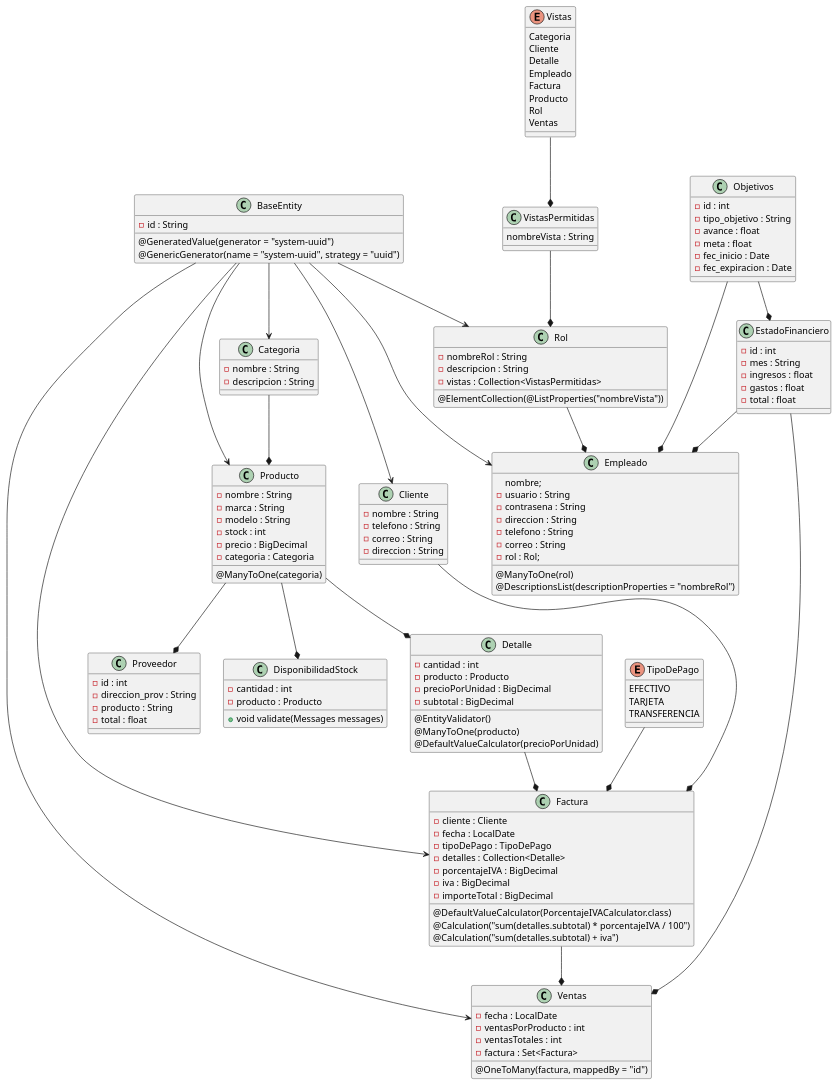
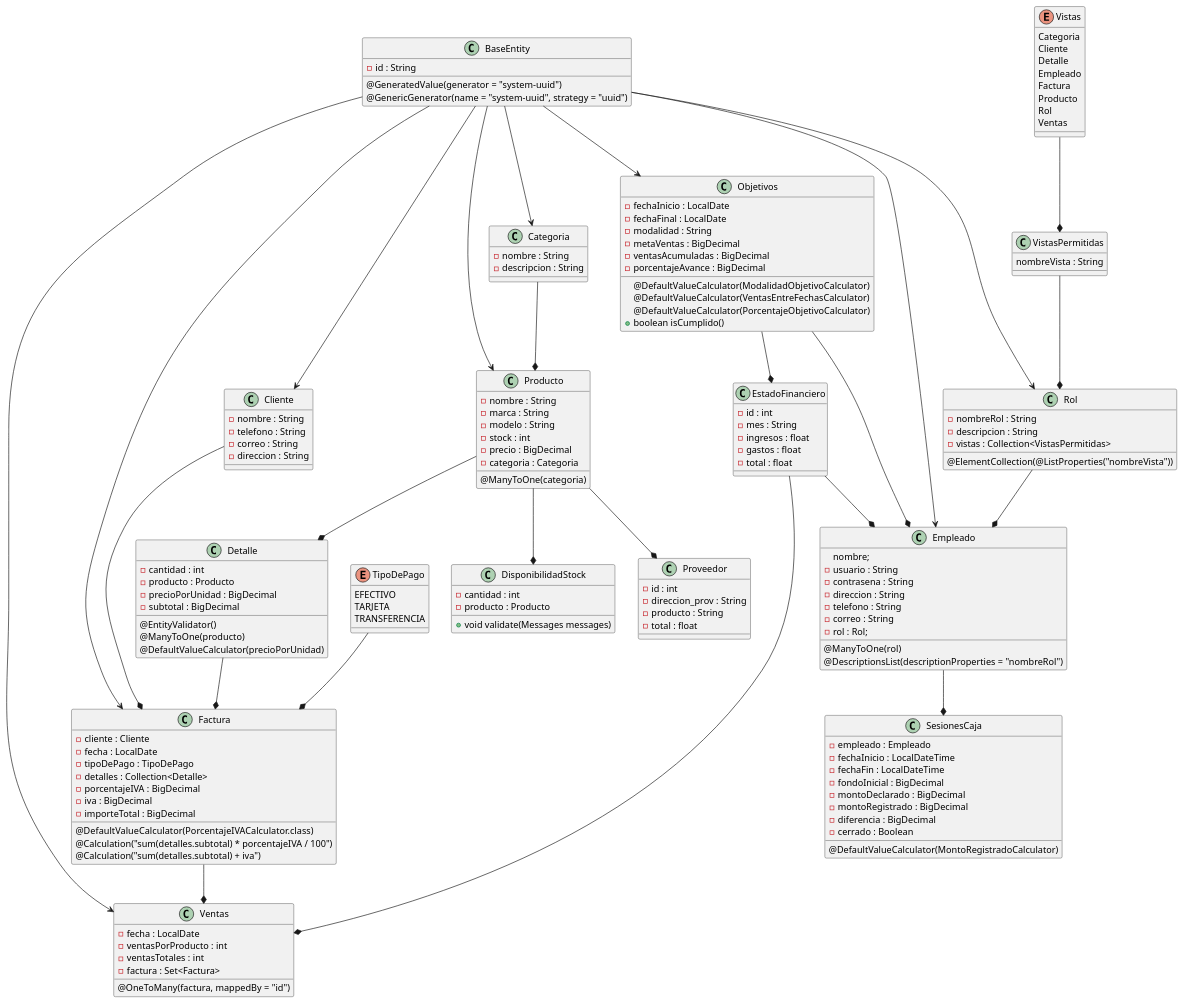
Before and after one commit to Janordonez/TechZone: the diagram in DiagramaClases.puml, drawn with PlantUML. The commit also changed 4 other files, not shown here.

Commit message:
Se arregla SesionesCaja y se optimiza modalidad. Se actualiza diagrama.

```diff
--- a/DiagramaClases.puml
+++ b/DiagramaClases.puml
@@ -120,12 +120,16 @@
 
 class Objetivos
 {
-- id : int
-- tipo_objetivo : String
-- avance : float
-- meta : float
-- fec_inicio : Date
-- fec_expiracion : Date
+- fechaInicio : LocalDate
+- fechaFinal : LocalDate
+@DefaultValueCalculator(ModalidadObjetivoCalculator)
+- modalidad : String
+- metaVentas : BigDecimal
+@DefaultValueCalculator(VentasEntreFechasCalculator)
+- ventasAcumuladas : BigDecimal
+@DefaultValueCalculator(PorcentajeObjetivoCalculator)
+- porcentajeAvance : BigDecimal
++ boolean isCumplido()
 }
 
 class EstadoFinanciero
@@ -145,6 +149,19 @@
 - total : float
 }
 
+class SesionesCaja
+{
+- empleado : Empleado
+- fechaInicio : LocalDateTime
+- fechaFin : LocalDateTime
+- fondoInicial : BigDecimal
+- montoDeclarado : BigDecimal
+@DefaultValueCalculator(MontoRegistradoCalculator)
+- montoRegistrado : BigDecimal
+- diferencia : BigDecimal
+- cerrado : Boolean
+}
+
 BaseEntity --> Categoria
 BaseEntity --> Cliente
 BaseEntity --> Empleado
@@ -152,12 +169,15 @@
 BaseEntity --> Producto
 BaseEntity --> Rol
 BaseEntity --> Ventas
+BaseEntity --> Objetivos
 
 Categoria --* Producto
 
 Cliente --* Factura
 
 Detalle --* Factura
+
+Empleado --* SesionesCaja
 
 Producto --* Detalle
 Producto --* DisponibilidadStock
@@ -179,5 +199,4 @@
 EstadoFinanciero --* Ventas
 EstadoFinanciero --* Empleado
 
-
 @enduml
```
